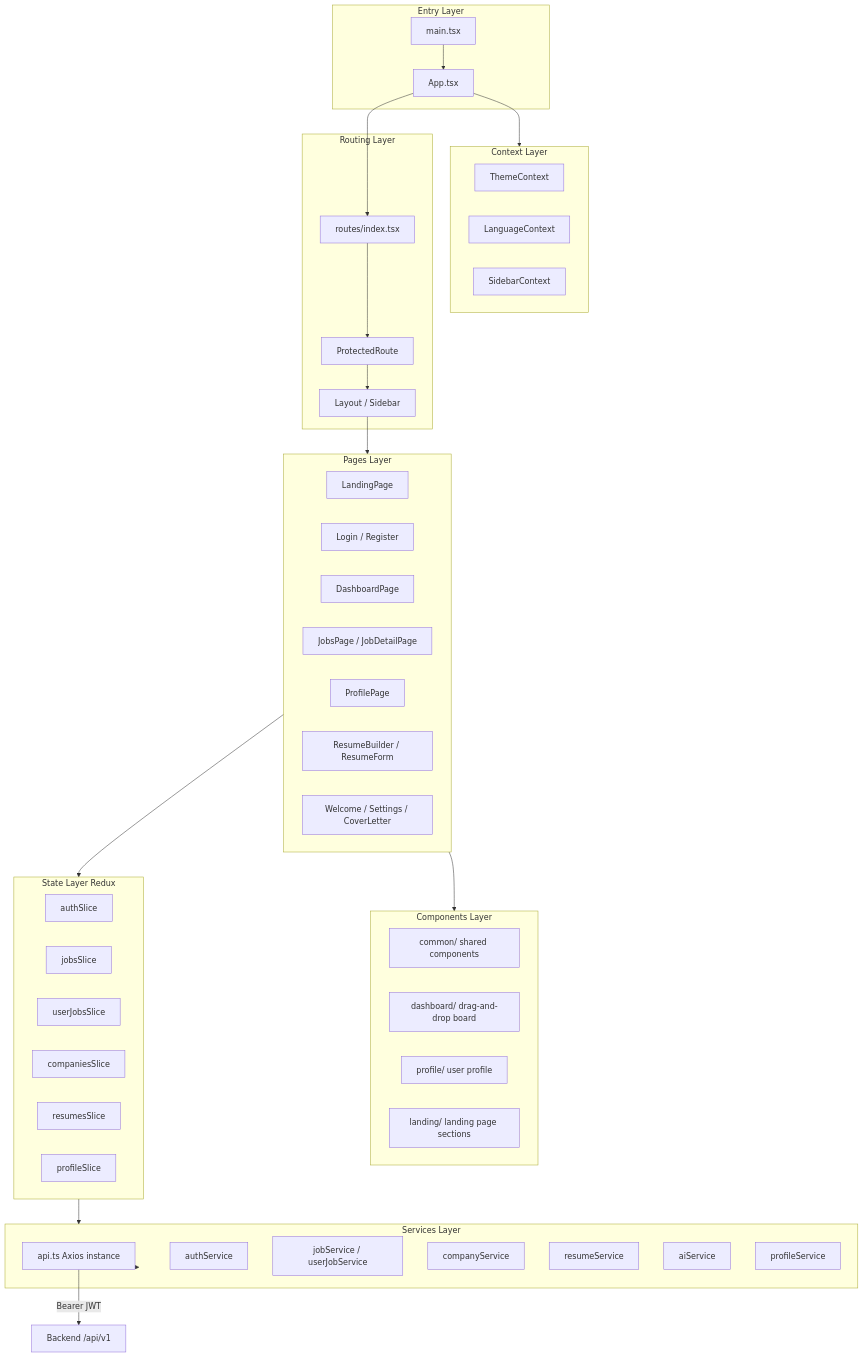
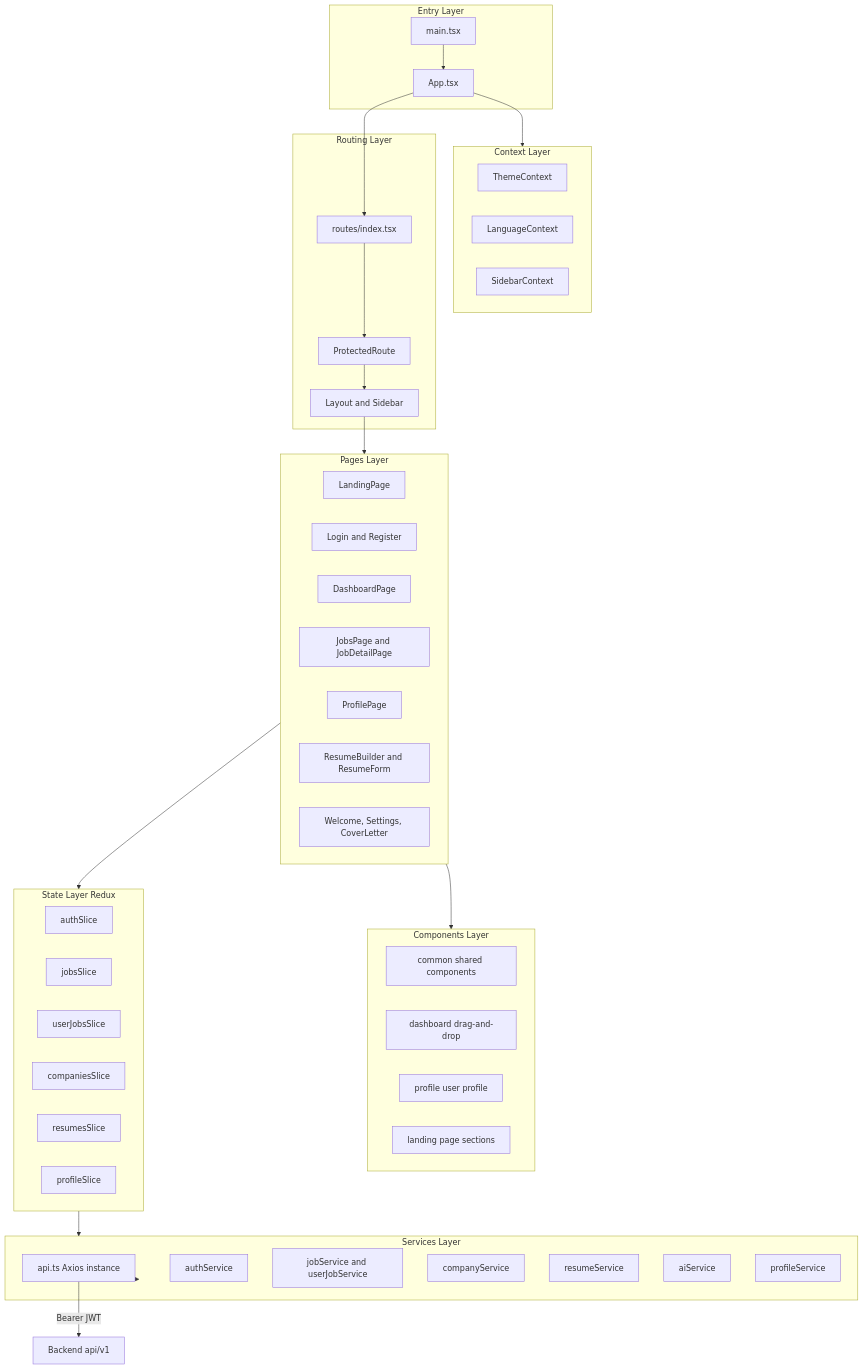
Before and after one commit to MagicDogGuo/Job-Trip: the fourth of 6 diagrams in docs/architecture.md, drawn with Mermaid. The commit also changed other lines of this file and 1 other file, not shown here.

Commit message:
Refine architecture documentation for clarity and consistency

````diff
--- a/docs/architecture.md
+++ b/docs/architecture.md
@@ -132,66 +132,66 @@
 ```mermaid
 flowchart TB
     subgraph Entry[Entry Layer]
         MAIN[main.tsx]
         APP[App.tsx]
         MAIN --> APP
     end
 
     subgraph Context[Context Layer]
         THEME[ThemeContext]
         LANG[LanguageContext]
         SIDEBAR[SidebarContext]
     end
 
     subgraph Routing[Routing Layer]
-        ROUTES[routes/index.tsx]
+        ROUTES["routes/index.tsx"]
         PROTECT[ProtectedRoute]
-        LAYOUT[Layout / Sidebar]
+        LAYOUT["Layout and Sidebar"]
         ROUTES --> PROTECT --> LAYOUT
     end
 
     subgraph Pages[Pages Layer]
         LANDING[LandingPage]
-        AUTH[Login / Register]
+        AUTH["Login and Register"]
         DASH[DashboardPage]
-        JOBS[JobsPage / JobDetailPage]
+        JOBS["JobsPage and JobDetailPage"]
         PROFILE[ProfilePage]
-        RESUME[ResumeBuilder / ResumeForm]
-        OTHER[Welcome / Settings / CoverLetter]
+        RESUME["ResumeBuilder and ResumeForm"]
+        OTHER["Welcome, Settings, CoverLetter"]
     end
 
     subgraph Components[Components Layer]
-        COMMON[common/ shared components]
-        DASH_C[dashboard/ drag-and-drop board]
-        PROFILE_C[profile/ user profile]
-        LANDING_C[landing/ landing page sections]
+        COMMON["common shared components"]
+        DASH_C["dashboard drag-and-drop"]
+        PROFILE_C["profile user profile"]
+        LANDING_C["landing page sections"]
     end
 
     subgraph State[State Layer Redux]
         AUTH_S[authSlice]
         JOBS_S[jobsSlice]
         UJ_S[userJobsSlice]
         CO_S[companiesSlice]
         RES_S[resumesSlice]
         PROF_S[profileSlice]
     end
 
     subgraph Services[Services Layer]
         API[api.ts Axios instance]
         AUTH_SVC[authService]
-        JOB_SVC[jobService / userJobService]
+        JOB_SVC["jobService and userJobService"]
         CO_SVC[companyService]
         RES_SVC[resumeService]
         AI_SVC[aiService]
         PROF_SVC[profileService]
     end
 
     APP --> Context
     APP --> ROUTES
     LAYOUT --> Pages
     Pages --> Components
     Pages --> State
     State --> Services
     Services --> API
-    API -->|Bearer JWT| BE_API[Backend /api/v1]
+    API -->|Bearer JWT| BE_API["Backend api/v1"]
 ```
````
